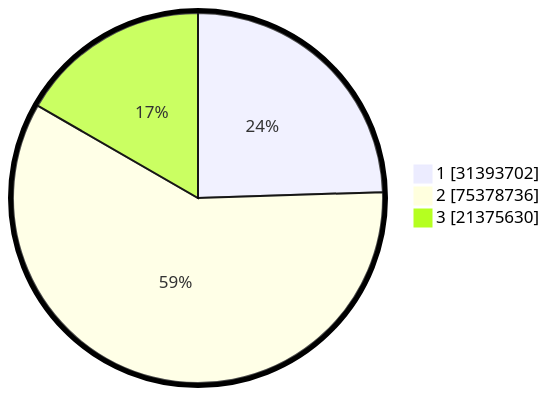
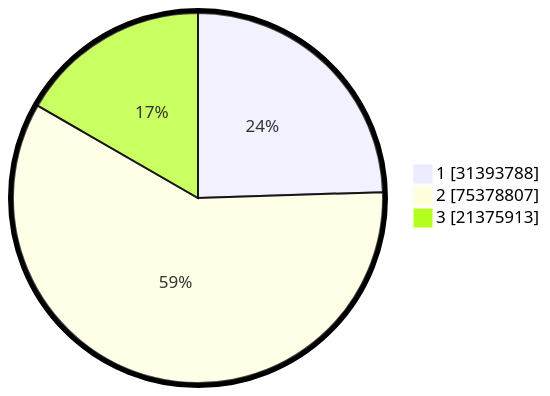
The second of 2 diagrams in pilpres/hitung-suara/README.md (gigit-pemilu/pemilu-2024), drawn with Mermaid before and after one commit. The commit also changed other lines of this file and 7 other files, not shown here.

````diff
--- a/pilpres/hitung-suara/README.md
+++ b/pilpres/hitung-suara/README.md
@@ -93,7 +93,7 @@
 ```mermaid
 %%{init: {"pie": {"textPosition": 0.5}, "themeVariables": {"pieOuterStrokeWidth": "5px"}} }%%
 pie showData
-    "1" : 31393702
-    "2" : 75378736
-    "3" : 21375630
+    "1" : 31393788
+    "2" : 75378807
+    "3" : 21375913
 ```
````
